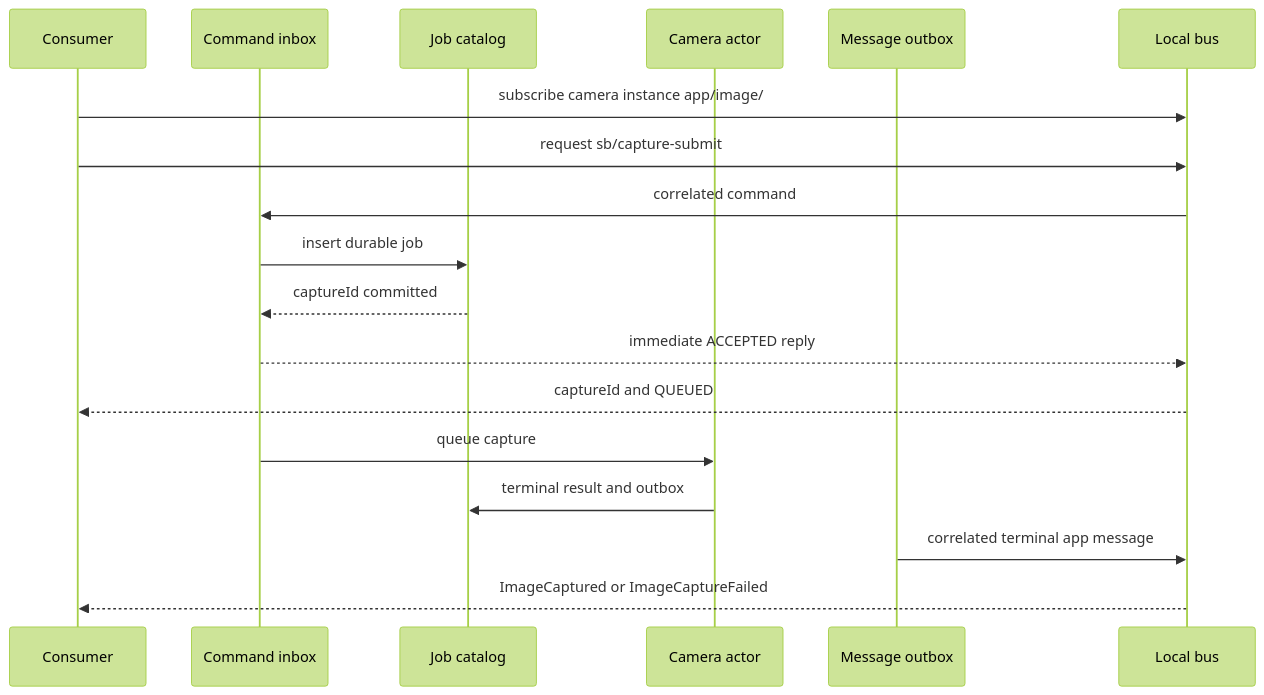
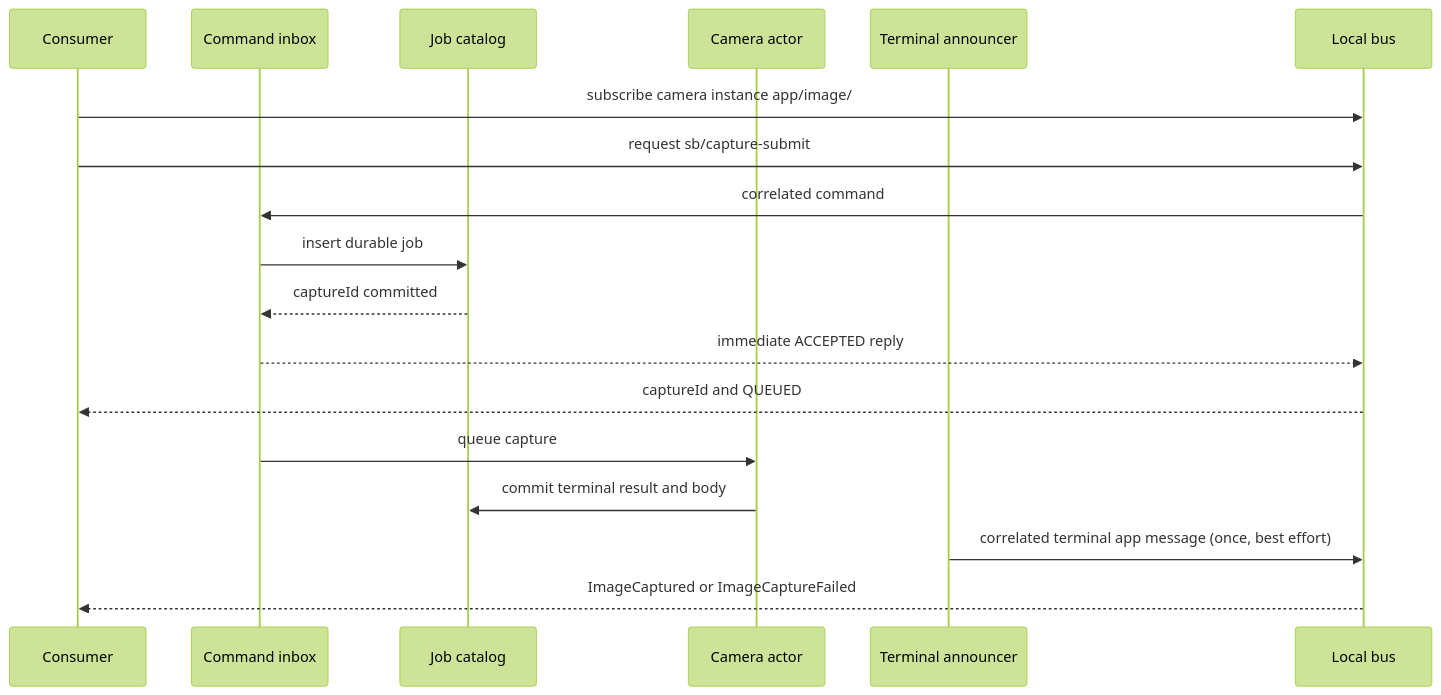
One commit to edgecommons/camera-adapter changed the ninth of 15 diagrams in DESIGN.md. Above: the diagram before and after it, drawn with Mermaid (forest theme). The commit also changed other lines of this file and 24 other files, not shown here.

````diff
--- a/DESIGN.md
+++ b/DESIGN.md
@@ -1716,21 +1715,21 @@
 ```mermaid
 sequenceDiagram
   participant Consumer
   participant Inbox as Command inbox
   participant Catalog as Job catalog
   participant Worker as Camera actor
-  participant Outbox as Message outbox
+  participant Announcer as Terminal announcer
   participant Bus as Local bus
 
   Consumer->>Bus: subscribe camera instance app/image/#
   Consumer->>Bus: request sb/capture-submit
   Bus->>Inbox: correlated command
   Inbox->>Catalog: insert durable job
   Catalog-->>Inbox: captureId committed
   Inbox-->>Bus: immediate ACCEPTED reply
   Bus-->>Consumer: captureId and QUEUED
   Inbox->>Worker: queue capture
-  Worker->>Catalog: terminal result and outbox
-  Outbox->>Bus: correlated terminal app message
+  Worker->>Catalog: commit terminal result and body
+  Announcer->>Bus: correlated terminal app message (once, best effort)
   Bus-->>Consumer: ImageCaptured or ImageCaptureFailed
 ```
````
